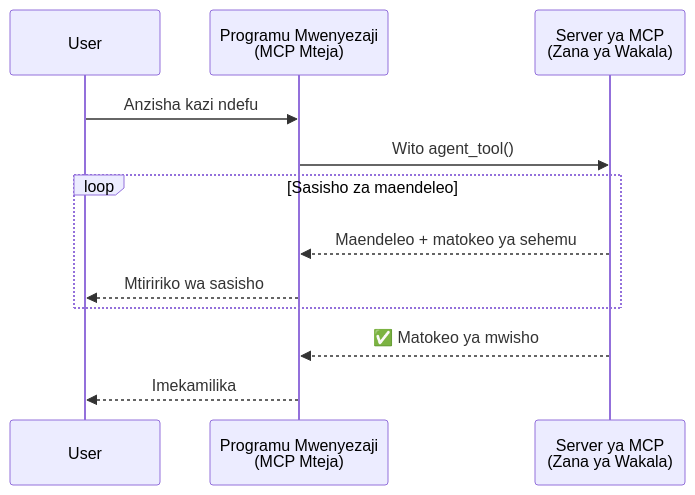
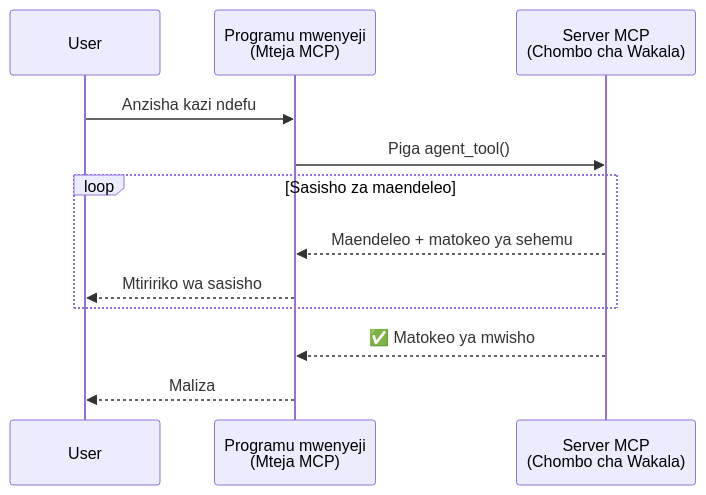
The first of 5 diagrams in mirrors/repos/microsoft@ai-agents-for-beginners/translations/sw/11-agentic-protocols/code_samples/mcp-agents/README.md (gabrielmoreira/agent-skills-mirror), drawn with Mermaid before and after one commit. The commit also changed other lines of this file and 4262 other files, not shown here.

````diff
--- a/mirrors/repos/microsoft@ai-agents-for-beginners/translations/sw/11-agentic-protocols/code_samples/mcp-agents/README.md
+++ b/mirrors/repos/microsoft@ai-agents-for-beginners/translations/sw/11-agentic-protocols/code_samples/mcp-agents/README.md
@@ -46,17 +46,17 @@
 ```mermaid
 sequenceDiagram
     participant User
-    participant Host as Programu Mwenyezaji<br/>(MCP Mteja)
-    participant Server as Server ya MCP<br/>(Zana ya Wakala)
+    participant Host as Programu mwenyeji<br/>(Mteja MCP)
+    participant Server as Server MCP<br/>(Chombo cha Wakala)
 
     User->>Host: Anzisha kazi ndefu
-    Host->>Server: Wito agent_tool()
+    Host->>Server: Piga agent_tool()
 
     loop Sasisho za maendeleo
         Server-->>Host: Maendeleo + matokeo ya sehemu
         Host-->>User: Mtiririko wa sasisho
     end
 
     Server-->>Host: ✅ Matokeo ya mwisho
-    Host-->>User: Imekamilika
+    Host-->>User: Maliza
 ```
````
